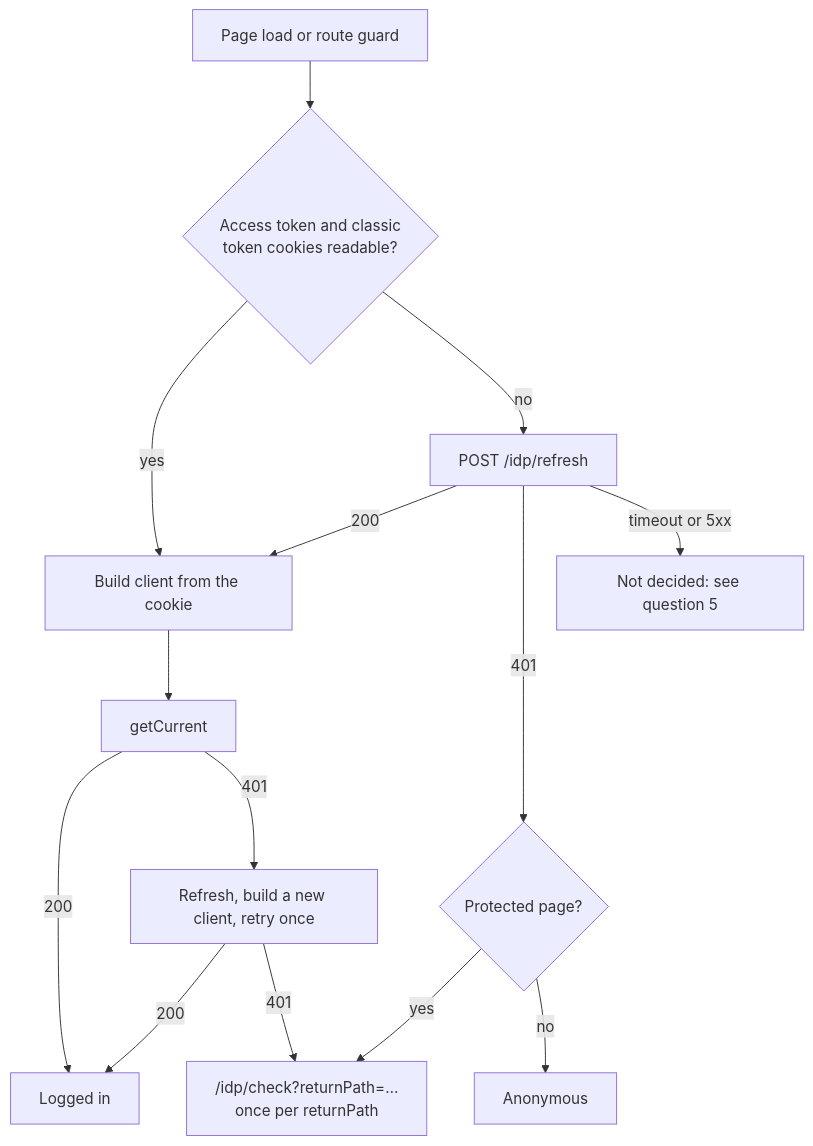
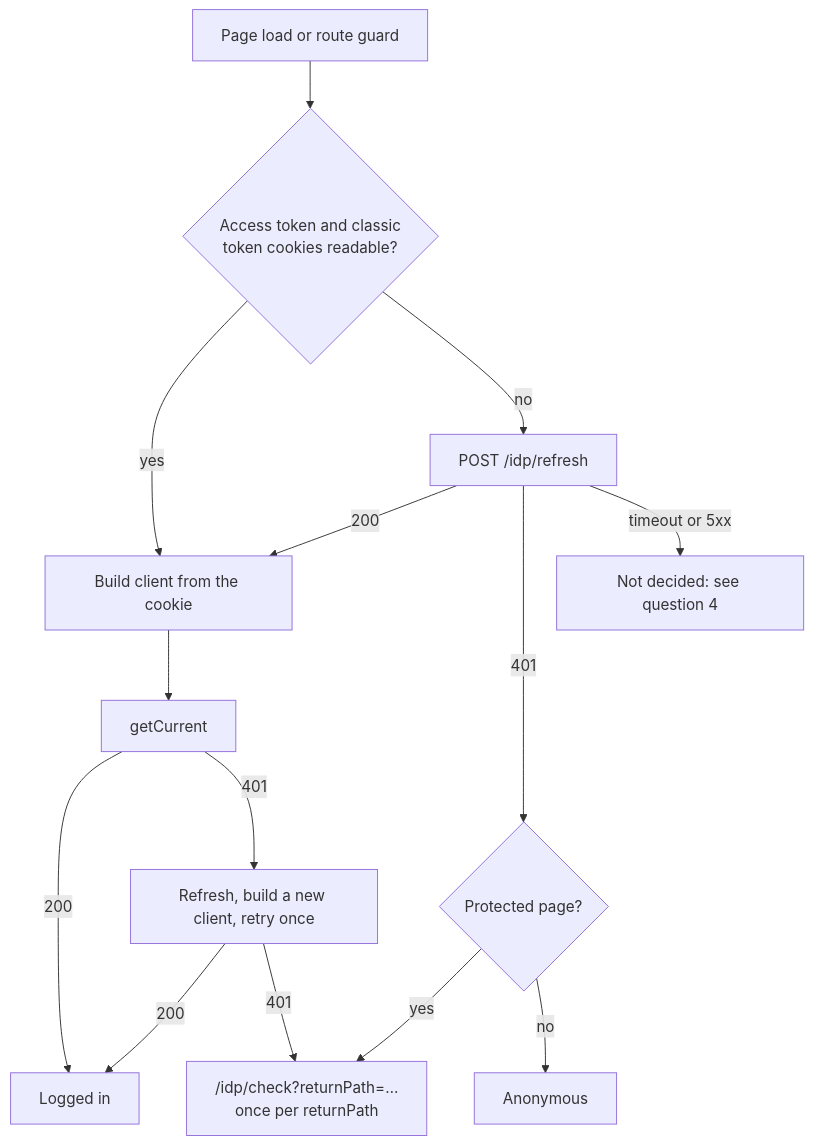
Before and after one commit to zengenti/contensis-react-base: the diagram in docs/features/keycloak-login/README.md, drawn with Mermaid. The commit also changed other lines of this file and 1 other file, not shown here.

````diff
--- a/docs/features/keycloak-login/README.md
+++ b/docs/features/keycloak-login/README.md
@@ -141,16 +141,16 @@
 ```mermaid
 flowchart TD
     A[Page load or route guard] --> F{Access token and classic<br/>token cookies readable?}
     F -- yes --> H[Build client from the cookie]
     F -- no --> G[POST /idp/refresh]
     G -- 200 --> H
     G -- 401 --> N{Protected page?}
-    G -- timeout or 5xx --> T[Not decided: see question 5]
+    G -- timeout or 5xx --> T[Not decided: see question 4]
     N -- yes --> CK["/idp/check?returnPath=…<br/>once per returnPath"]
     N -- no --> AN[Anonymous]
     H --> I[getCurrent]
     I -- 200 --> K[Logged in]
     I -- 401 --> R[Refresh, build a new client, retry once]
     R -- 200 --> K
     R -- 401 --> CK
 ```
````
